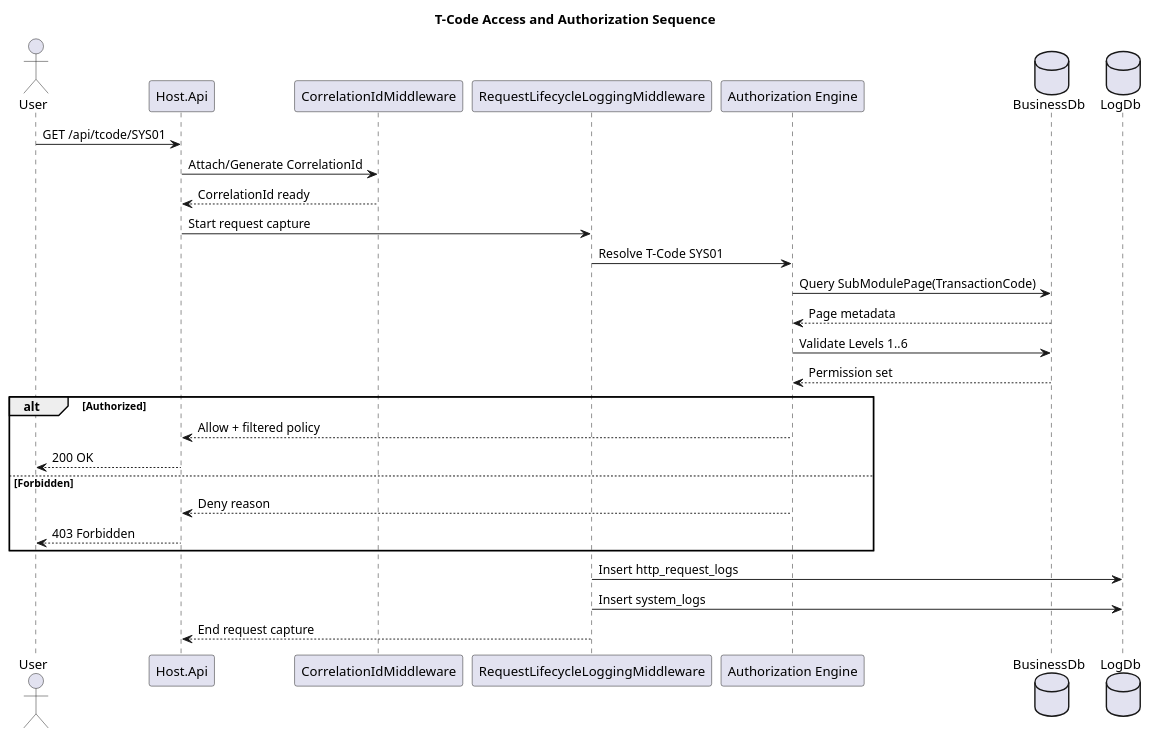
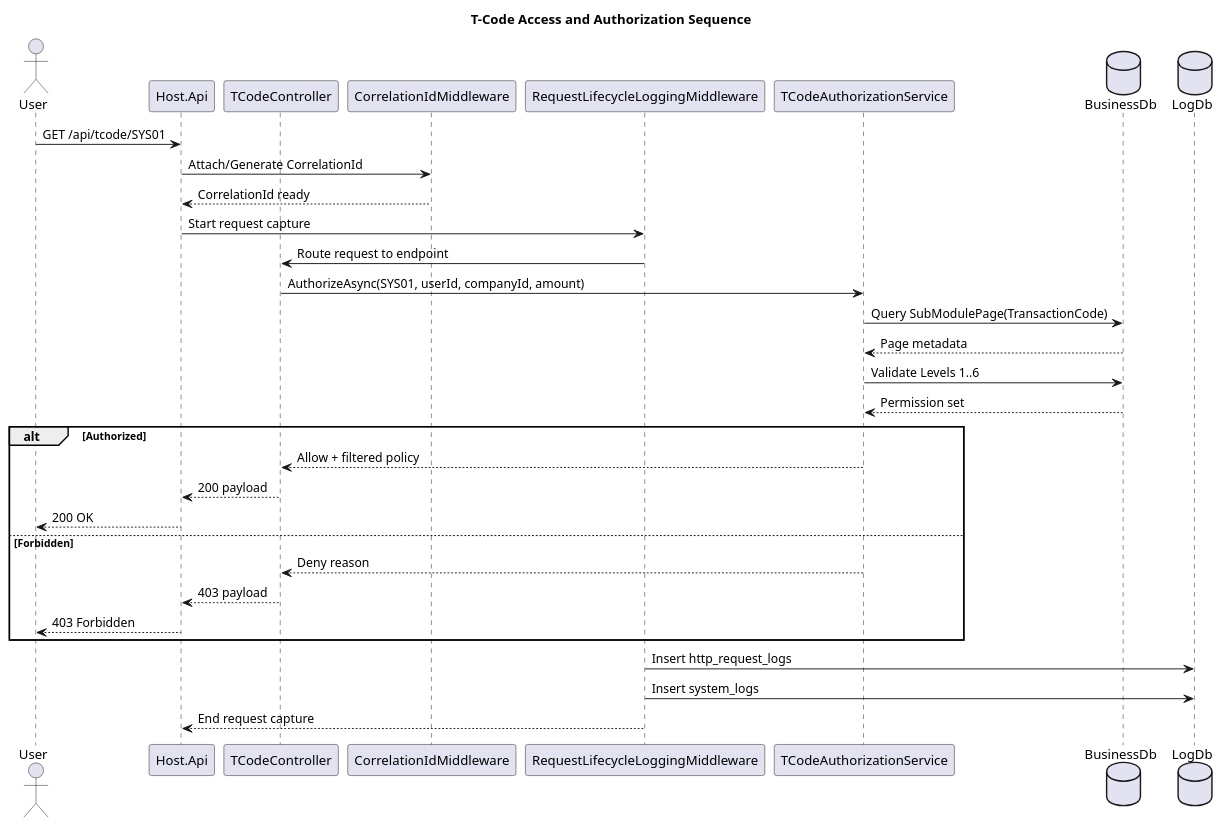
One commit to mithatcan55/ENTERPRISESYSTEM changed the diagram in docs/architecture/sequence-tcode-access.puml. Above: the diagram before and after it, drawn with PlantUML. The commit also changed 8 other files, not shown here.

Commit message:
feat: add tcode authorization endpoint and sync architecture flows

```diff
--- a/docs/architecture/sequence-tcode-access.puml
+++ b/docs/architecture/sequence-tcode-access.puml
@@ -1,36 +1,40 @@
 @startuml
 title T-Code Access and Authorization Sequence
 
 actor User
 participant "Host.Api" as Api
+participant "TCodeController" as Ctrl
 participant "CorrelationIdMiddleware" as Corr
 participant "RequestLifecycleLoggingMiddleware" as ReqLog
-participant "Authorization Engine" as Authz
+participant "TCodeAuthorizationService" as Authz
 database "BusinessDb" as Bdb
 database "LogDb" as Ldb
 
 User -> Api: GET /api/tcode/SYS01
 Api -> Corr: Attach/Generate CorrelationId
 Corr --> Api: CorrelationId ready
 
 Api -> ReqLog: Start request capture
-ReqLog -> Authz: Resolve T-Code SYS01
+ReqLog -> Ctrl: Route request to endpoint
+Ctrl -> Authz: AuthorizeAsync(SYS01, userId, companyId, amount)
 Authz -> Bdb: Query SubModulePage(TransactionCode)
 Bdb --> Authz: Page metadata
 
 Authz -> Bdb: Validate Levels 1..6
 Bdb --> Authz: Permission set
 
 alt Authorized
-  Authz --> Api: Allow + filtered policy
+  Authz --> Ctrl: Allow + filtered policy
+  Ctrl --> Api: 200 payload
   Api --> User: 200 OK
 else Forbidden
-  Authz --> Api: Deny reason
+  Authz --> Ctrl: Deny reason
+  Ctrl --> Api: 403 payload
   Api --> User: 403 Forbidden
 end
 
 ReqLog -> Ldb: Insert http_request_logs
 ReqLog -> Ldb: Insert system_logs
 ReqLog --> Api: End request capture
 
 @enduml
```
